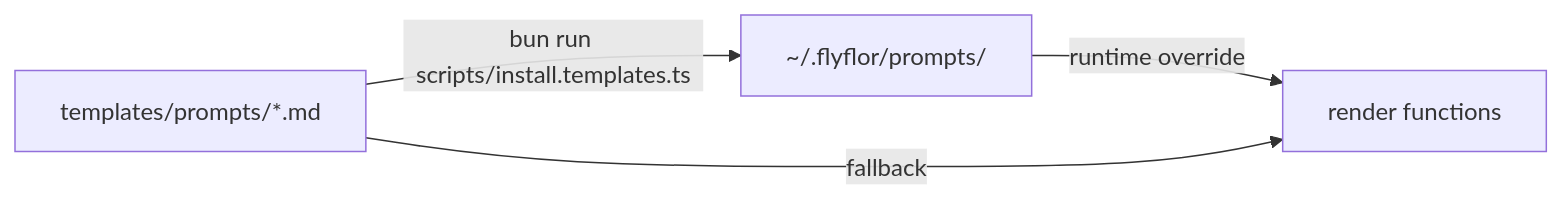
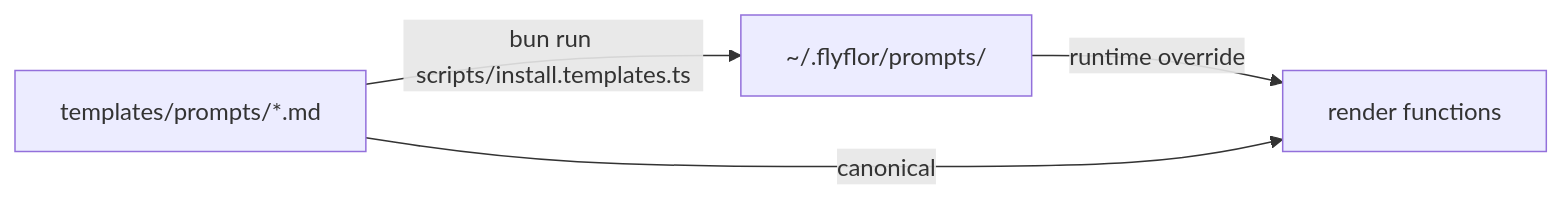
One commit to flyflor/flyflor changed the second of 2 diagrams in docs/prompt.templates.md. Above: the diagram before and after it, drawn with Mermaid. The commit also changed other lines of this file and 69 other files, not shown here.

````diff
--- a/docs/prompt.templates.md
+++ b/docs/prompt.templates.md
@@ -70,6 +71,6 @@
 ```mermaid
 flowchart LR
     Builtin["templates/prompts/*.md"] -- bun run scripts/install.templates.ts --> Userdir["~/.flyflor/prompts/"]
     Userdir -- runtime override --> Render["render functions"]
-    Builtin -- fallback --> Render
+    Builtin -- canonical --> Render
 ```
````
